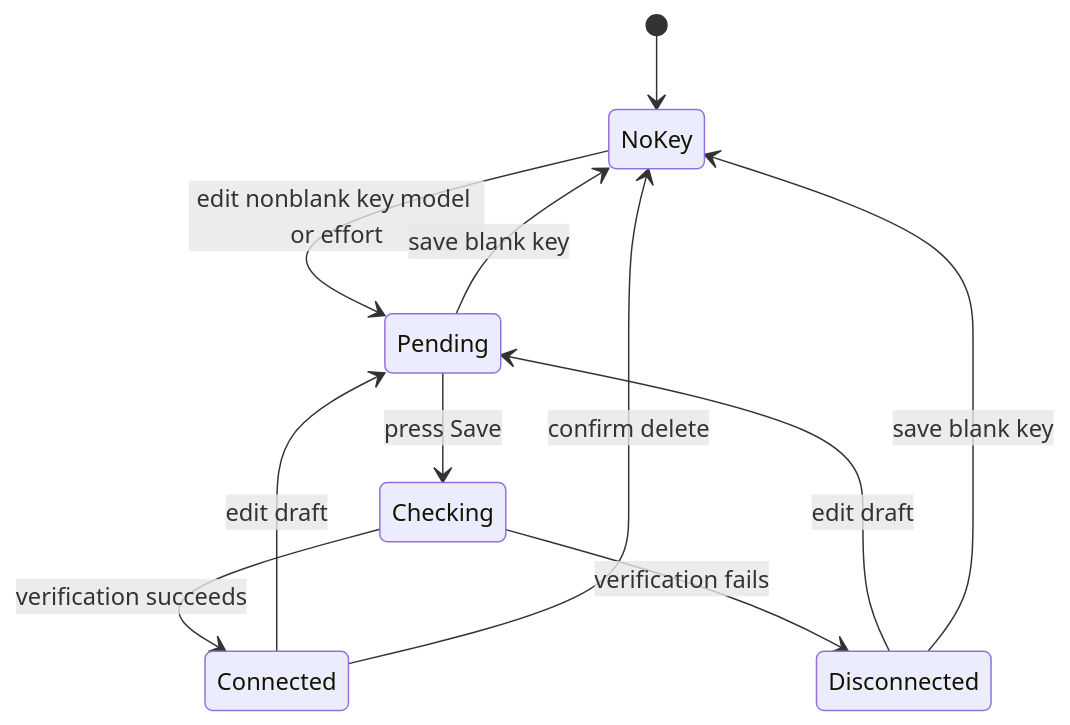
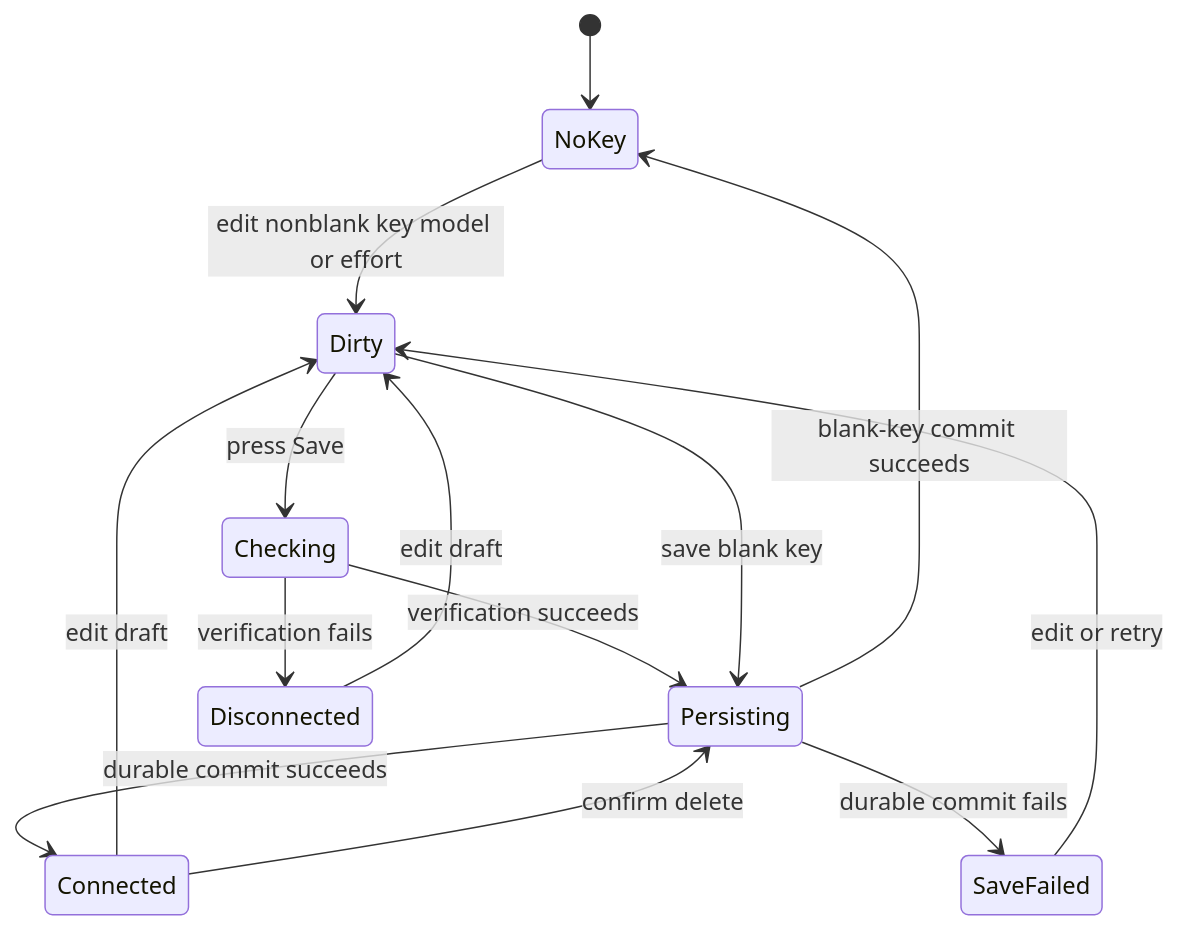
One commit to maximofn/gymnasia changed the diagram in openwiki/agent/provider-configuration.md. Above: the diagram before and after it, drawn with Mermaid. The commit also changed other lines of this file and 15 other files, not shown here.

````diff
--- a/openwiki/agent/provider-configuration.md
+++ b/openwiki/agent/provider-configuration.md
@@ -81,13 +97,16 @@
 ```mermaid
 stateDiagram-v2
     [*] --> NoKey
-    NoKey --> Pending: edit nonblank key model or effort
-    Pending --> Checking: press Save
-    Checking --> Connected: verification succeeds
+    NoKey --> Dirty: edit nonblank key model or effort
+    Dirty --> Checking: press Save
+    Checking --> Persisting: verification succeeds
     Checking --> Disconnected: verification fails
-    Disconnected --> Pending: edit draft
-    Connected --> Pending: edit draft
-    Pending --> NoKey: save blank key
-    Connected --> NoKey: confirm delete
-    Disconnected --> NoKey: save blank key
+    Persisting --> Connected: durable commit succeeds
+    Persisting --> SaveFailed: durable commit fails
+    Disconnected --> Dirty: edit draft
+    Connected --> Dirty: edit draft
+    SaveFailed --> Dirty: edit or retry
+    Dirty --> Persisting: save blank key
+    Persisting --> NoKey: blank-key commit succeeds
+    Connected --> Persisting: confirm delete
 ```
````
